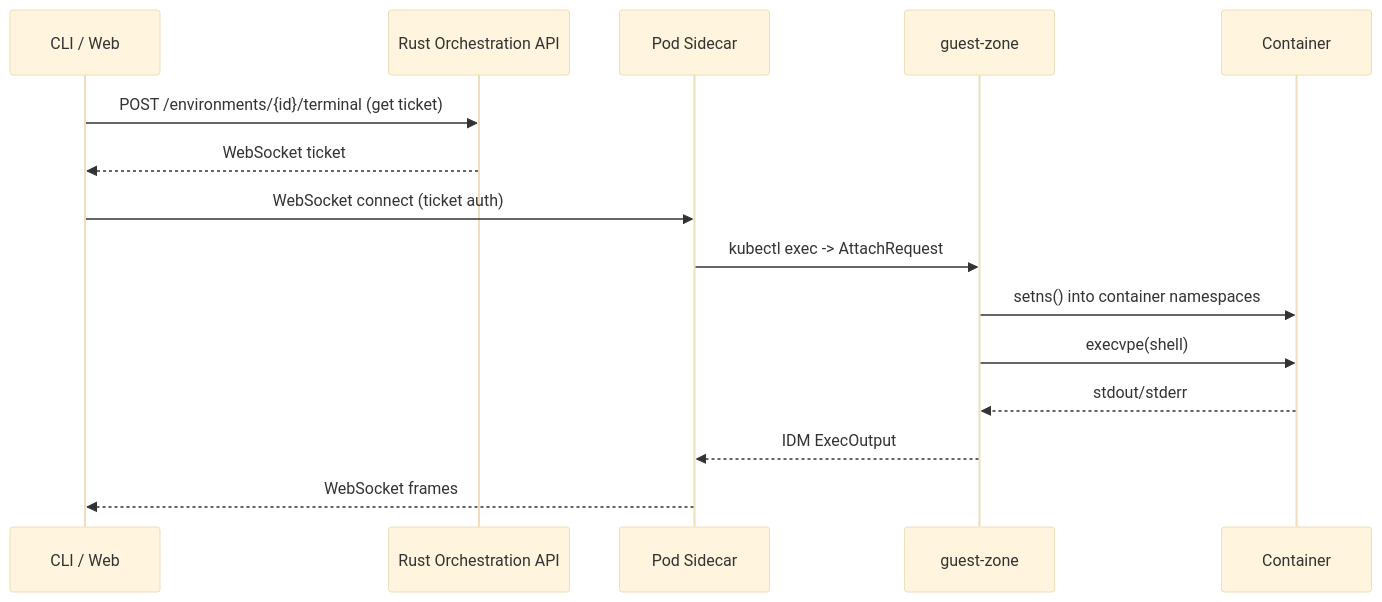
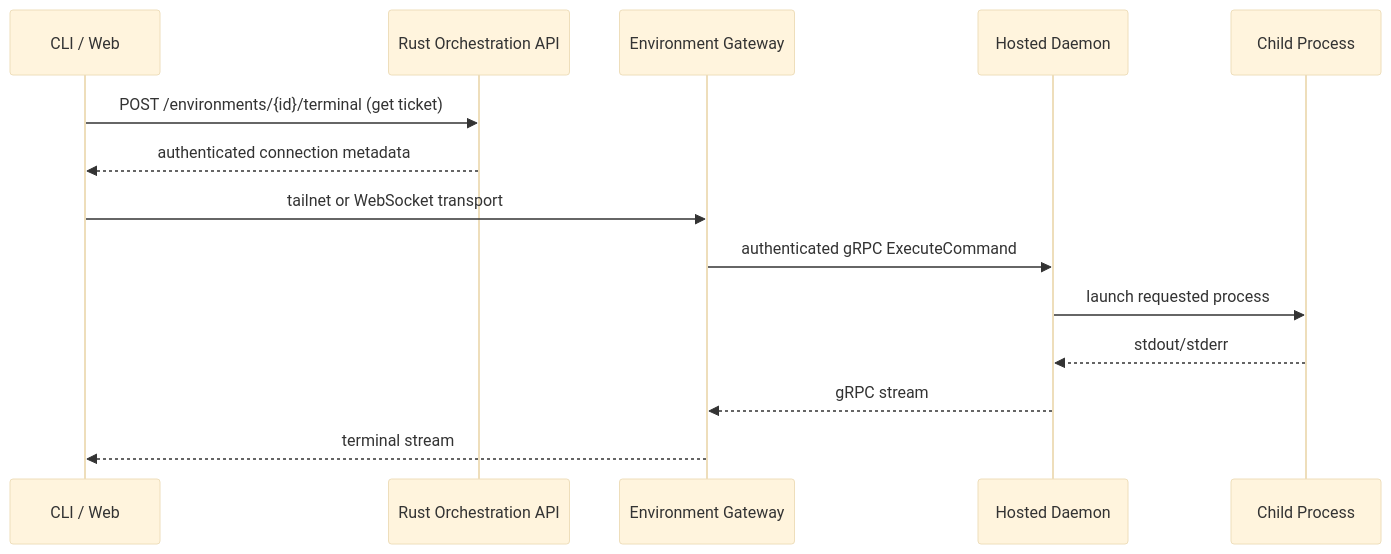
One commit to codewiresh/codewire changed the third of 3 diagrams in docs/ARCHITECTURE.md. Above: the diagram before and after it, drawn with Mermaid (base theme). The commit also changed other lines of this file and 21 other files, not shown here.

````diff
--- a/docs/ARCHITECTURE.md
+++ b/docs/ARCHITECTURE.md
@@ -885,18 +565,17 @@
 ```mermaid
 sequenceDiagram
     participant Client as CLI / Web
     participant API as Rust Orchestration API
-    participant Sidecar as Pod Sidecar
-    participant Zone as guest-zone
-    participant Ctr as Container
+    participant Gateway as Environment Gateway
+    participant Daemon as Hosted Daemon
+    participant Child as Child Process
 
     Client->>API: POST /environments/{id}/terminal (get ticket)
-    API-->>Client: WebSocket ticket
-    Client->>Sidecar: WebSocket connect (ticket auth)
-    Sidecar->>Zone: kubectl exec -> AttachRequest
-    Zone->>Ctr: setns() into container namespaces
-    Zone->>Ctr: execvpe(shell)
-    Ctr-->>Zone: stdout/stderr
-    Zone-->>Sidecar: IDM ExecOutput
-    Sidecar-->>Client: WebSocket frames
+    API-->>Client: authenticated connection metadata
+    Client->>Gateway: tailnet or WebSocket transport
+    Gateway->>Daemon: authenticated gRPC ExecuteCommand
+    Daemon->>Child: launch requested process
+    Child-->>Daemon: stdout/stderr
+    Daemon-->>Gateway: gRPC stream
+    Gateway-->>Client: terminal stream
 ```
````
